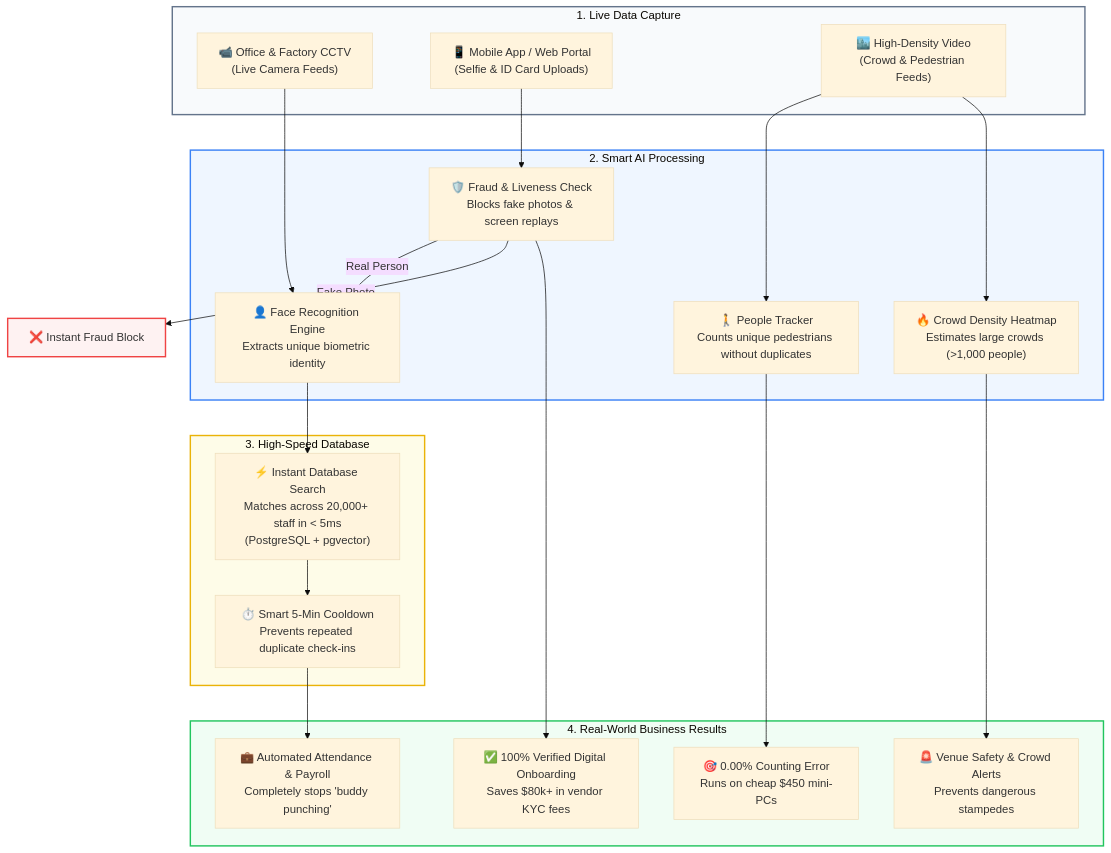
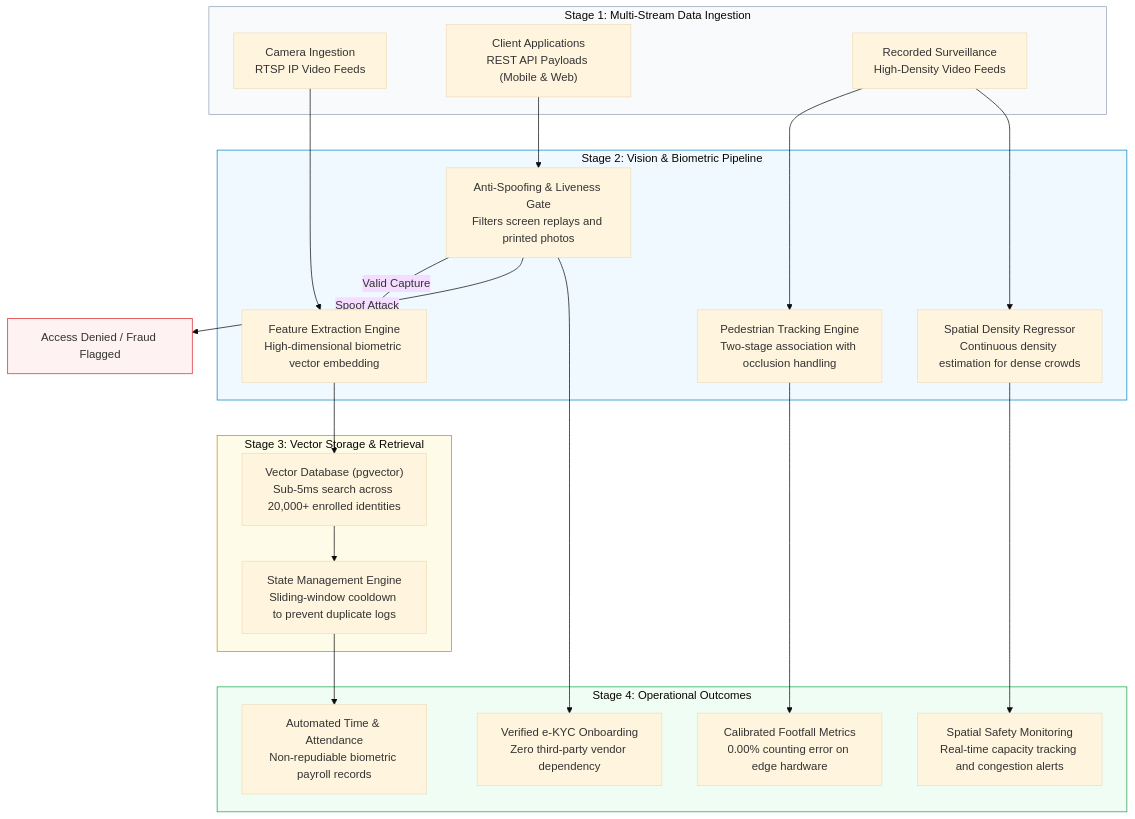
One commit to datawithAsif/Video-Analytics-Architecture-Portfolio changed the diagram in diagrams/unified_system_topology.mermaid. Above: the diagram before and after it, drawn with Mermaid (base theme). The commit also changed 9 other files, not shown here.

Commit message:
style: replace emojis with clean enterprise architectural styling across all diagrams

```diff
--- a/diagrams/unified_system_topology.mermaid
+++ b/diagrams/unified_system_topology.mermaid
@@ -1,48 +1,48 @@
 flowchart TD
-    %% Recruiter-Friendly End-to-End System Architecture
+    %% Professional End-to-End System Architecture
 
-    subgraph Step1 ["1. Live Data Capture"]
-        CAM["📹 Office & Factory CCTV\n(Live Camera Feeds)"]
-        APP["📱 Mobile App / Web Portal\n(Selfie & ID Card Uploads)"]
-        DRONE["🏙️ High-Density Video\n(Crowd & Pedestrian Feeds)"]
+    subgraph Stage1 ["Stage 1: Multi-Stream Data Ingestion"]
+        CAM["Camera Ingestion<br>RTSP IP Video Feeds"]
+        APP["Client Applications<br>REST API Payloads (Mobile & Web)"]
+        VIDEO["Recorded Surveillance<br>High-Density Video Feeds"]
     end
 
-    subgraph Step2 ["2. Smart AI Processing"]
-        LIVENESS["🛡️ Fraud & Liveness Check\nBlocks fake photos & screen replays"]
-        TRACK["🚶 People Tracker\nCounts unique pedestrians without duplicates"]
-        HEATMAP["🔥 Crowd Density Heatmap\nEstimates large crowds (>1,000 people)"]
-        RECOG["👤 Face Recognition Engine\nExtracts unique biometric identity"]
+    subgraph Stage2 ["Stage 2: Vision & Biometric Pipeline"]
+        LIVENESS["Anti-Spoofing & Liveness Gate<br>Filters screen replays and printed photos"]
+        TRACK["Pedestrian Tracking Engine<br>Two-stage association with occlusion handling"]
+        HEATMAP["Spatial Density Regressor<br>Continuous density estimation for dense crowds"]
+        RECOG["Feature Extraction Engine<br>High-dimensional biometric vector embedding"]
     end
 
-    subgraph Step3 ["3. High-Speed Database"]
-        DB["⚡ Instant Database Search\nMatches across 20,000+ staff in < 5ms\n(PostgreSQL + pgvector)"]
-        SMART_FILTER["⏱️ Smart 5-Min Cooldown\nPrevents repeated duplicate check-ins"]
+    subgraph Stage3 ["Stage 3: Vector Storage & Retrieval"]
+        DB["Vector Database (pgvector)<br>Sub-5ms search across 20,000+ enrolled identities"]
+        FILTER["State Management Engine<br>Sliding-window cooldown to prevent duplicate logs"]
     end
 
-    subgraph Step4 ["4. Real-World Business Results"]
-        OUT1["✅ 100% Verified Digital Onboarding\nSaves $80k+ in vendor KYC fees"]
-        OUT2["💼 Automated Attendance & Payroll\nCompletely stops 'buddy punching'"]
-        OUT3["🎯 0.00% Counting Error\nRuns on cheap $450 mini-PCs"]
-        OUT4["🚨 Venue Safety & Crowd Alerts\nPrevents dangerous stampedes"]
+    subgraph Stage4 ["Stage 4: Operational Outcomes"]
+        OUT1["Verified e-KYC Onboarding<br>Zero third-party vendor dependency"]
+        OUT2["Automated Time & Attendance<br>Non-repudiable biometric payroll records"]
+        OUT3["Calibrated Footfall Metrics<br>0.00% counting error on edge hardware"]
+        OUT4["Spatial Safety Monitoring<br>Real-time capacity tracking and congestion alerts"]
     end
 
     CAM --> RECOG
     APP --> LIVENESS
-    LIVENESS -->|Real Person| RECOG
-    LIVENESS -->|Fake Photo| REJ["❌ Instant Fraud Block"]
-    DRONE --> TRACK
-    DRONE --> HEATMAP
+    LIVENESS -->|Valid Capture| RECOG
+    LIVENESS -->|Spoof Attack| REJ["Access Denied / Fraud Flagged"]
+    VIDEO --> TRACK
+    VIDEO --> HEATMAP
 
     RECOG --> DB
-    DB --> SMART_FILTER
+    DB --> FILTER
 
-    SMART_FILTER --> OUT2
+    FILTER --> OUT2
     LIVENESS --> OUT1
     TRACK --> OUT3
     HEATMAP --> OUT4
 
-    style Step1 fill:#f8fafc,stroke:#64748b,stroke-width:2px
-    style Step2 fill:#eff6ff,stroke:#3b82f6,stroke-width:2px
-    style Step3 fill:#fefce8,stroke:#eab308,stroke-width:2px
-    style Step4 fill:#f0fdf4,stroke:#22c55e,stroke-width:2px
-    style REJ fill:#fef2f2,stroke:#ef4444,stroke-width:2px
+    style Stage1 fill:#f8fafc,stroke:#94a3b8,stroke-width:1px
+    style Stage2 fill:#f0f9ff,stroke:#0284c7,stroke-width:1px
+    style Stage3 fill:#fefce8,stroke:#ca8a04,stroke-width:1px
+    style Stage4 fill:#f0fdf4,stroke:#16a34a,stroke-width:1px
+    style REJ fill:#fef2f2,stroke:#dc2626,stroke-width:1px
```
